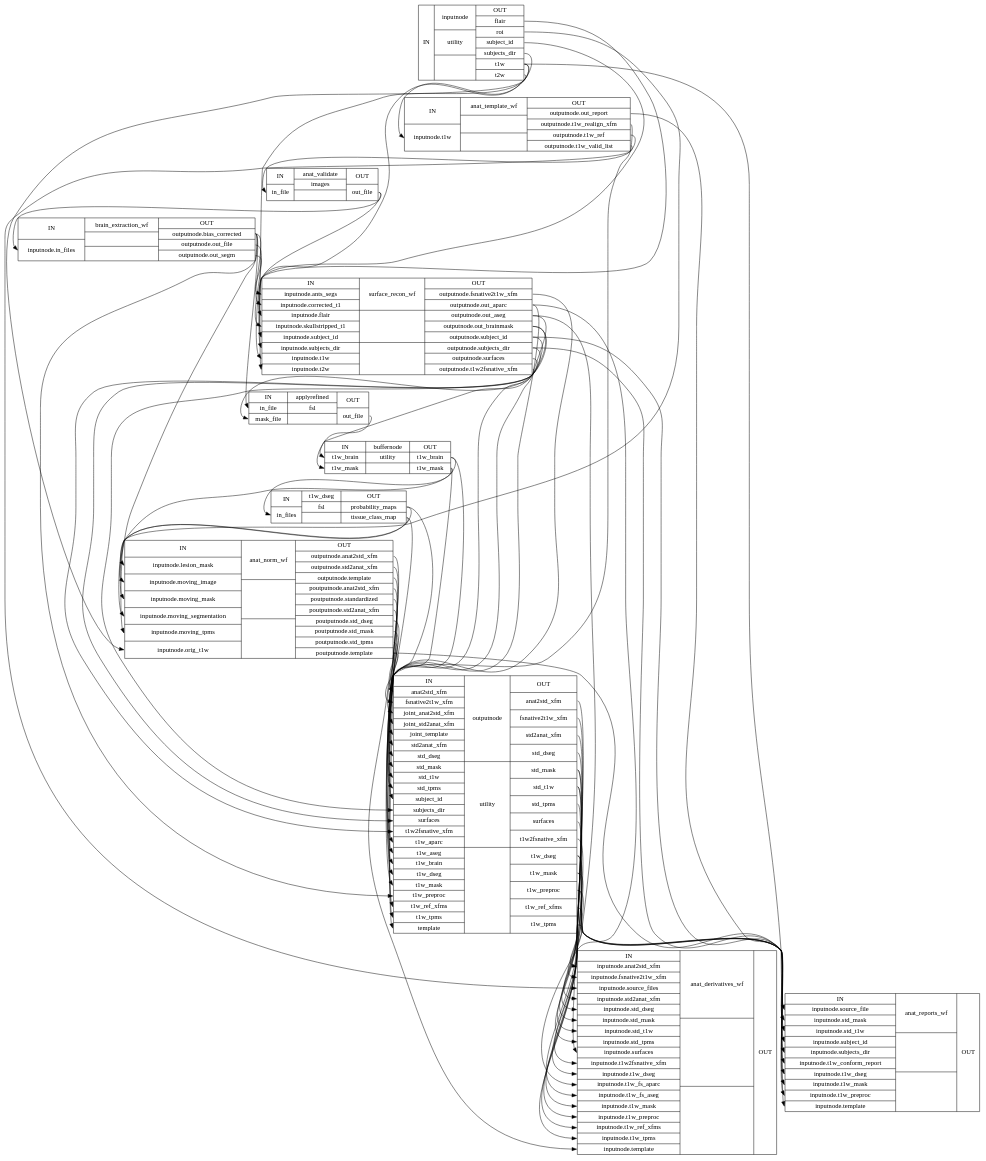
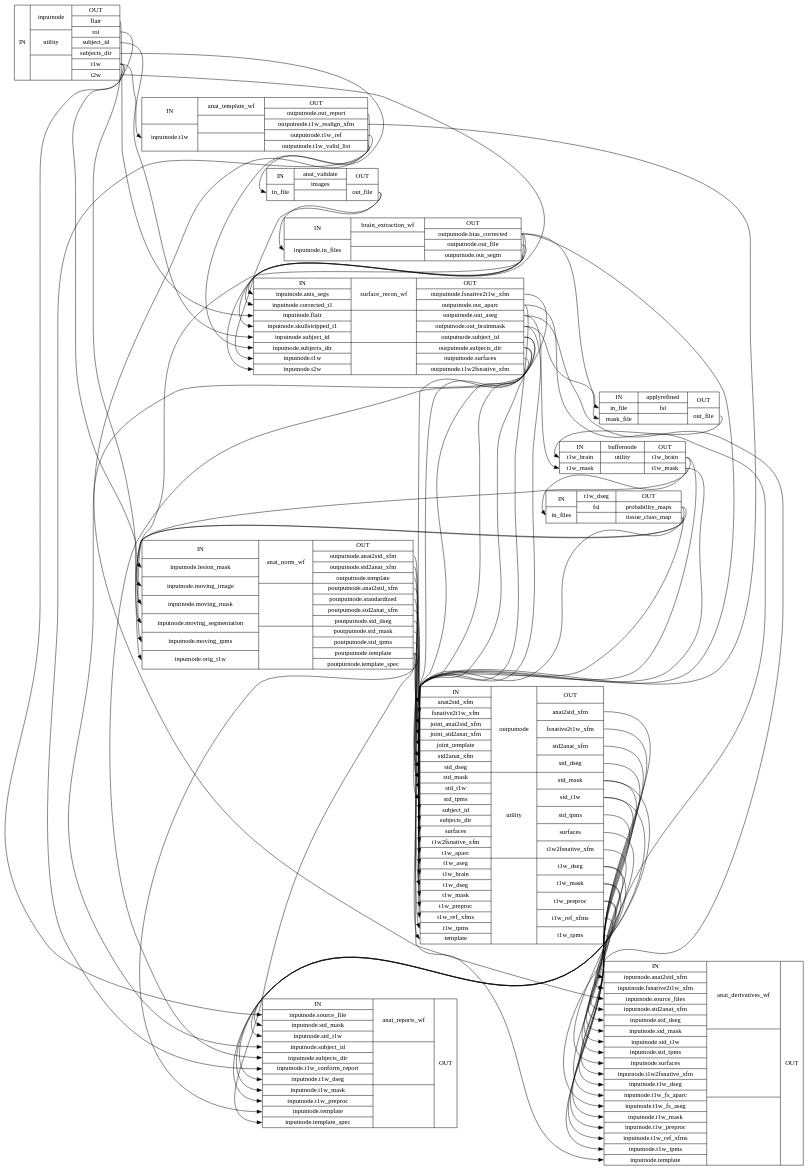
The diagram in 0.4.0rc1/wf_directive/api/anat_preproc_wf/smriprep-workflows-anatomical-1_detailed.dot (nuKs/smriprep), drawn with Graphviz before and after one commit. The commit also changed 364 other files, not shown here.

```diff
--- a/0.4.0rc1/wf_directive/api/anat_preproc_wf/smriprep-workflows-anatomical-1_detailed.dot
+++ b/0.4.0rc1/wf_directive/api/anat_preproc_wf/smriprep-workflows-anatomical-1_detailed.dot
@@ -8,10 +8,10 @@
 anat_preproc_wfapplyrefined [label="{IN|<ininfile> in_file|<inmaskfile> mask_file}|{ applyrefined | fsl |  }|{OUT|<outoutfile> out_file}"];
 anat_preproc_wfbuffernode [label="{IN|<int1wbrain> t1w_brain|<int1wmask> t1w_mask}|{ buffernode | utility |  }|{OUT|<outt1wbrain> t1w_brain|<outt1wmask> t1w_mask}"];
 anat_preproc_wft1w_dseg [label="{IN|<ininfiles> in_files}|{ t1w_dseg | fsl |  }|{OUT|<outprobabilitymaps> probability_maps|<outtissueclassmap> tissue_class_map}"];
-anat_preproc_wfanat_norm_wf [label="{IN|<ininputnodelesionmask> inputnode.lesion_mask|<ininputnodemovingimage> inputnode.moving_image|<ininputnodemovingmask> inputnode.moving_mask|<ininputnodemovingsegmentation> inputnode.moving_segmentation|<ininputnodemovingtpms> inputnode.moving_tpms|<ininputnodeorigt1w> inputnode.orig_t1w}|{ anat_norm_wf |  |  }|{OUT|<outoutputnodeanat2stdxfm> outputnode.anat2std_xfm|<outoutputnodestd2anatxfm> outputnode.std2anat_xfm|<outoutputnodetemplate> outputnode.template|<outpoutputnodeanat2stdxfm> poutputnode.anat2std_xfm|<outpoutputnodestandardized> poutputnode.standardized|<outpoutputnodestd2anatxfm> poutputnode.std2anat_xfm|<outpoutputnodestddseg> poutputnode.std_dseg|<outpoutputnodestdmask> poutputnode.std_mask|<outpoutputnodestdtpms> poutputnode.std_tpms|<outpoutputnodetemplate> poutputnode.template}"];
+anat_preproc_wfanat_norm_wf [label="{IN|<ininputnodelesionmask> inputnode.lesion_mask|<ininputnodemovingimage> inputnode.moving_image|<ininputnodemovingmask> inputnode.moving_mask|<ininputnodemovingsegmentation> inputnode.moving_segmentation|<ininputnodemovingtpms> inputnode.moving_tpms|<ininputnodeorigt1w> inputnode.orig_t1w}|{ anat_norm_wf |  |  }|{OUT|<outoutputnodeanat2stdxfm> outputnode.anat2std_xfm|<outoutputnodestd2anatxfm> outputnode.std2anat_xfm|<outoutputnodetemplate> outputnode.template|<outpoutputnodeanat2stdxfm> poutputnode.anat2std_xfm|<outpoutputnodestandardized> poutputnode.standardized|<outpoutputnodestd2anatxfm> poutputnode.std2anat_xfm|<outpoutputnodestddseg> poutputnode.std_dseg|<outpoutputnodestdmask> poutputnode.std_mask|<outpoutputnodestdtpms> poutputnode.std_tpms|<outpoutputnodetemplate> poutputnode.template|<outpoutputnodetemplatespec> poutputnode.template_spec}"];
 anat_preproc_wfoutputnode [label="{IN|<inanat2stdxfm> anat2std_xfm|<infsnative2t1wxfm> fsnative2t1w_xfm|<injointanat2stdxfm> joint_anat2std_xfm|<injointstd2anatxfm> joint_std2anat_xfm|<injointtemplate> joint_template|<instd2anatxfm> std2anat_xfm|<instddseg> std_dseg|<instdmask> std_mask|<instdt1w> std_t1w|<instdtpms> std_tpms|<insubjectid> subject_id|<insubjectsdir> subjects_dir|<insurfaces> surfaces|<int1w2fsnativexfm> t1w2fsnative_xfm|<int1waparc> t1w_aparc|<int1waseg> t1w_aseg|<int1wbrain> t1w_brain|<int1wdseg> t1w_dseg|<int1wmask> t1w_mask|<int1wpreproc> t1w_preproc|<int1wrefxfms> t1w_ref_xfms|<int1wtpms> t1w_tpms|<intemplate> template}|{ outputnode | utility |  }|{OUT|<outanat2stdxfm> anat2std_xfm|<outfsnative2t1wxfm> fsnative2t1w_xfm|<outstd2anatxfm> std2anat_xfm|<outstddseg> std_dseg|<outstdmask> std_mask|<outstdt1w> std_t1w|<outstdtpms> std_tpms|<outsurfaces> surfaces|<outt1w2fsnativexfm> t1w2fsnative_xfm|<outt1wdseg> t1w_dseg|<outt1wmask> t1w_mask|<outt1wpreproc> t1w_preproc|<outt1wrefxfms> t1w_ref_xfms|<outt1wtpms> t1w_tpms}"];
 anat_preproc_wfanat_derivatives_wf [label="{IN|<ininputnodeanat2stdxfm> inputnode.anat2std_xfm|<ininputnodefsnative2t1wxfm> inputnode.fsnative2t1w_xfm|<ininputnodesourcefiles> inputnode.source_files|<ininputnodestd2anatxfm> inputnode.std2anat_xfm|<ininputnodestddseg> inputnode.std_dseg|<ininputnodestdmask> inputnode.std_mask|<ininputnodestdt1w> inputnode.std_t1w|<ininputnodestdtpms> inputnode.std_tpms|<ininputnodesurfaces> inputnode.surfaces|<ininputnodet1w2fsnativexfm> inputnode.t1w2fsnative_xfm|<ininputnodet1wdseg> inputnode.t1w_dseg|<ininputnodet1wfsaparc> inputnode.t1w_fs_aparc|<ininputnodet1wfsaseg> inputnode.t1w_fs_aseg|<ininputnodet1wmask> inputnode.t1w_mask|<ininputnodet1wpreproc> inputnode.t1w_preproc|<ininputnodet1wrefxfms> inputnode.t1w_ref_xfms|<ininputnodet1wtpms> inputnode.t1w_tpms|<ininputnodetemplate> inputnode.template}|{ anat_derivatives_wf |  |  }|{OUT}"];
-anat_preproc_wfanat_reports_wf [label="{IN|<ininputnodesourcefile> inputnode.source_file|<ininputnodestdmask> inputnode.std_mask|<ininputnodestdt1w> inputnode.std_t1w|<ininputnodesubjectid> inputnode.subject_id|<ininputnodesubjectsdir> inputnode.subjects_dir|<ininputnodet1wconformreport> inputnode.t1w_conform_report|<ininputnodet1wdseg> inputnode.t1w_dseg|<ininputnodet1wmask> inputnode.t1w_mask|<ininputnodet1wpreproc> inputnode.t1w_preproc|<ininputnodetemplate> inputnode.template}|{ anat_reports_wf |  |  }|{OUT}"];
+anat_preproc_wfanat_reports_wf [label="{IN|<ininputnodesourcefile> inputnode.source_file|<ininputnodestdmask> inputnode.std_mask|<ininputnodestdt1w> inputnode.std_t1w|<ininputnodesubjectid> inputnode.subject_id|<ininputnodesubjectsdir> inputnode.subjects_dir|<ininputnodet1wconformreport> inputnode.t1w_conform_report|<ininputnodet1wdseg> inputnode.t1w_dseg|<ininputnodet1wmask> inputnode.t1w_mask|<ininputnodet1wpreproc> inputnode.t1w_preproc|<ininputnodetemplate> inputnode.template|<ininputnodetemplatespec> inputnode.template_spec}|{ anat_reports_wf |  |  }|{OUT}"];
 anat_preproc_wfanat_norm_wf:outoutputnodeanat2stdxfm:e -> anat_preproc_wfoutputnode:injointanat2stdxfm:w;
 anat_preproc_wfanat_norm_wf:outoutputnodestd2anatxfm:e -> anat_preproc_wfoutputnode:injointstd2anatxfm:w;
 anat_preproc_wfanat_norm_wf:outoutputnodetemplate:e -> anat_preproc_wfoutputnode:injointtemplate:w;
@@ -24,6 +24,7 @@
 anat_preproc_wfanat_norm_wf:outpoutputnodetemplate:e -> anat_preproc_wfanat_derivatives_wf:ininputnodetemplate:w;
 anat_preproc_wfanat_norm_wf:outpoutputnodetemplate:e -> anat_preproc_wfanat_reports_wf:ininputnodetemplate:w;
 anat_preproc_wfanat_norm_wf:outpoutputnodetemplate:e -> anat_preproc_wfoutputnode:intemplate:w;
+anat_preproc_wfanat_norm_wf:outpoutputnodetemplatespec:e -> anat_preproc_wfanat_reports_wf:ininputnodetemplatespec:w;
 anat_preproc_wfanat_template_wf:outoutputnodeoutreport:e -> anat_preproc_wfanat_reports_wf:ininputnodet1wconformreport:w;
 anat_preproc_wfanat_template_wf:outoutputnodet1wrealignxfm:e -> anat_preproc_wfoutputnode:int1wrefxfms:w;
 anat_preproc_wfanat_template_wf:outoutputnodet1wref:e -> anat_preproc_wfanat_validate:ininfile:w;
```
